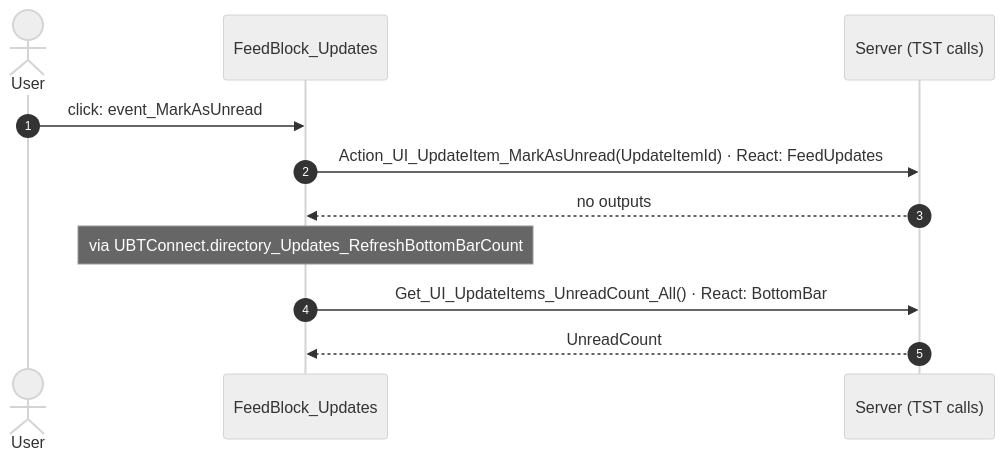
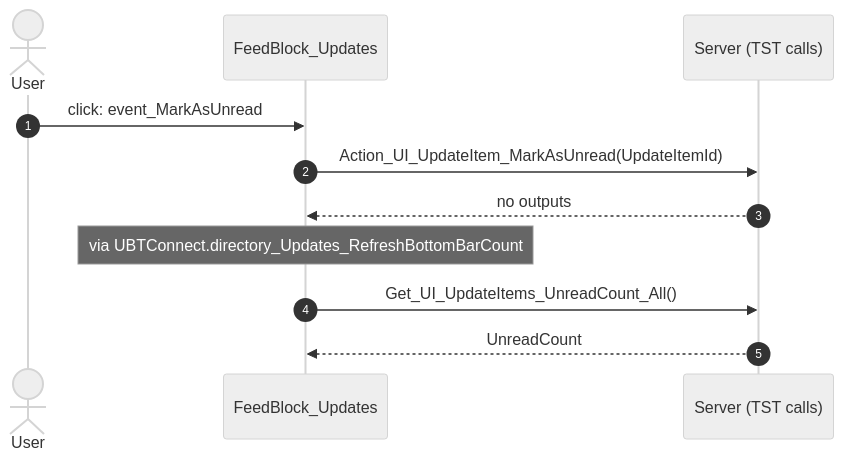
Diagram 16 of 47 in migration/route-actions/HomeFeed.md (Phoenix-DX/connect-new-ui), drawn with Mermaid (neutral theme) before and after one commit. The commit also changed other lines of this file and 90 other files, not shown here.

Commit message:
route actions: React sequence diagram per user action next to OutSystems, differences in red; React handlers read branch by branch and matched by comment, name and block; white SVG background; all SVGs of a file in one browser (HomeFeed 67 s to 14 s)

````diff
--- a/migration/route-actions/HomeFeed.md
+++ b/migration/route-actions/HomeFeed.md
@@ -345,13 +516,13 @@
 ```mermaid
 sequenceDiagram
   autonumber
   actor U as User
   participant B as FeedBlock_Updates
   participant S as Server (TST calls)
   U->>B: click: event_MarkAsUnread
-  B->>S: Action_UI_UpdateItem_MarkAsUnread(UpdateItemId) · React: FeedUpdates
+  B->>S: Action_UI_UpdateItem_MarkAsUnread(UpdateItemId)
   S-->>B: no outputs
   Note over B: via UBTConnect.directory_Updates_RefreshBottomBarCount
-  B->>S: Get_UI_UpdateItems_UnreadCount_All() · React: BottomBar
+  B->>S: Get_UI_UpdateItems_UnreadCount_All()
   S-->>B: UnreadCount
 ```
````
